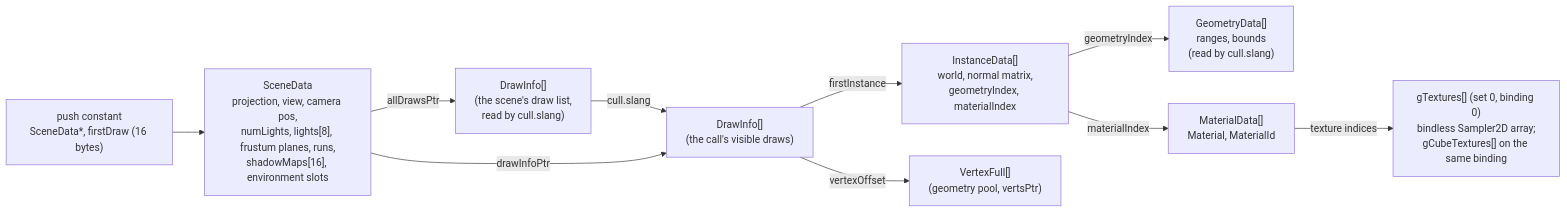
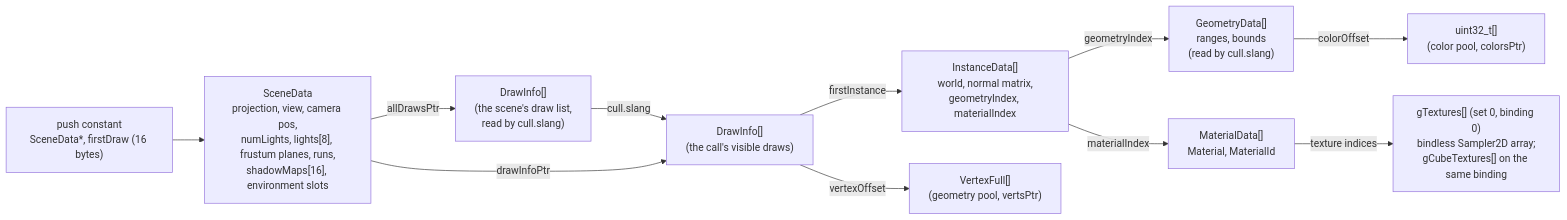
The third of 3 diagrams in docs/architecture.md (adel-elmala/rasm), drawn with Mermaid before and after one commit. The commit also changed other lines of this file and 89 other files, not shown here.

````diff
--- a/docs/architecture.md
+++ b/docs/architecture.md
@@ -304,12 +321,13 @@
 ```mermaid
 flowchart LR
     PC["push constant<br/>SceneData*, firstDraw (16 bytes)"] --> SD["SceneData<br/>projection, view, camera pos,<br/>numLights, lights[8], frustum planes, runs,<br/>shadowMaps[16], environment slots"]
     SD -- allDrawsPtr --> AD["DrawInfo[]<br/>(the scene's draw list,<br/>read by cull.slang)"]
     AD -- cull.slang --> DI
     SD -- drawInfoPtr --> DI["DrawInfo[]<br/>(the call's visible draws)"]
     DI -- firstInstance --> ID["InstanceData[]<br/>world, normal matrix,<br/>geometryIndex, materialIndex"]
     DI -- vertexOffset --> V["VertexFull[]<br/>(geometry pool, vertsPtr)"]
+    GD -- colorOffset --> VC["uint32_t[]<br/>(color pool, colorsPtr)"]
     ID -- geometryIndex --> GD["GeometryData[]<br/>ranges, bounds<br/>(read by cull.slang)"]
     ID -- materialIndex --> MD["MaterialData[]<br/>Material, MaterialId"]
     MD -- texture indices --> T["gTextures[] (set 0, binding 0)<br/>bindless Sampler2D array;<br/>gCubeTextures[] on the same binding"]
 ```
````
